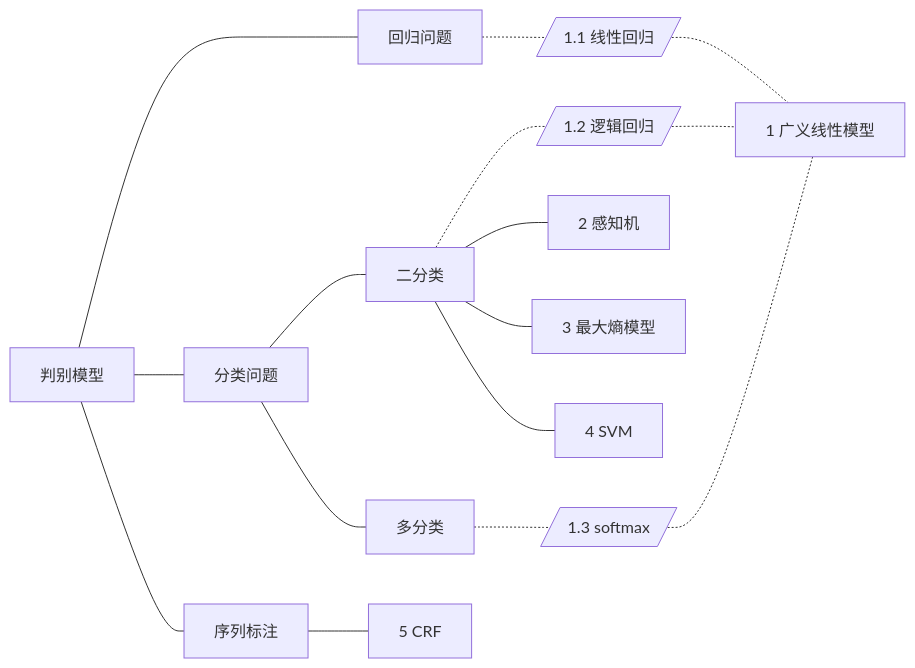
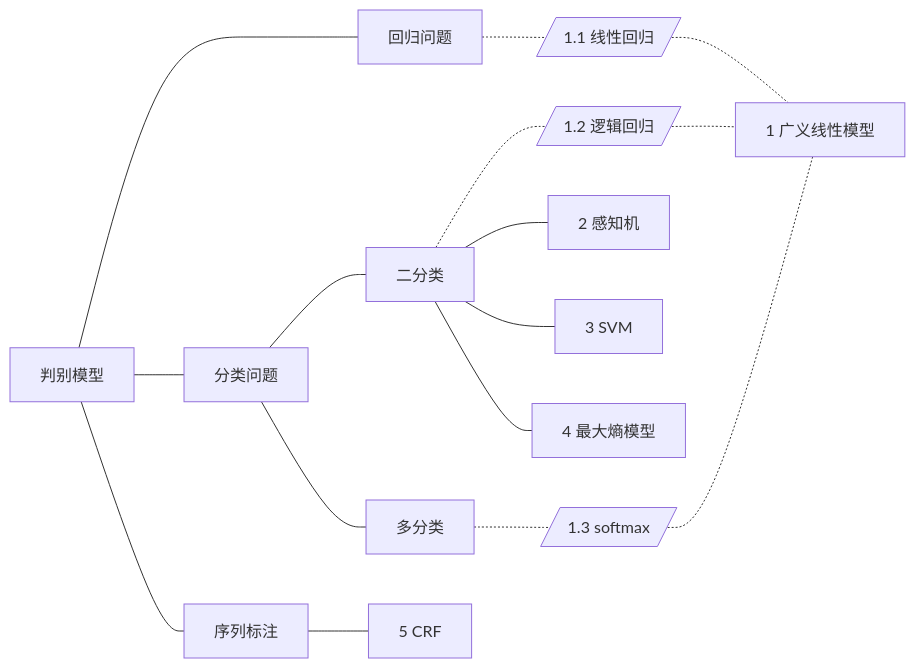
Before and after one commit to YanLin-Git/note: the diagram in CS229_笔记/判别模型/README.md, drawn with Mermaid. The commit also changed 5 other files, not shown here.

````diff
--- a/CS229_笔记/判别模型/README.md
+++ b/CS229_笔记/判别模型/README.md
@@ -2,17 +2,16 @@
 ```mermaid
 graph LR
     H[回归问题]
     F[分类问题]
     X[序列标注]
     P[判别模型] --- H & F & X
     
     F[分类问题] --- two[二分类] & multi[多分类]
     H -.- linear[/1.1 线性回归/]
     two -.- L[/1.2 逻辑回归/]
-    two --- G[2 感知机] & Z[3 最大熵模型] & SVM[4 SVM]
+    two --- G[2 感知机] & SVM[3 SVM] & Z[4 最大熵模型]
     multi -.- S[/1.3 softmax/]
     X --- CRF[5 CRF]
 
     linear & L & S -.- T[1 广义线性模型]
-
 ```
````
